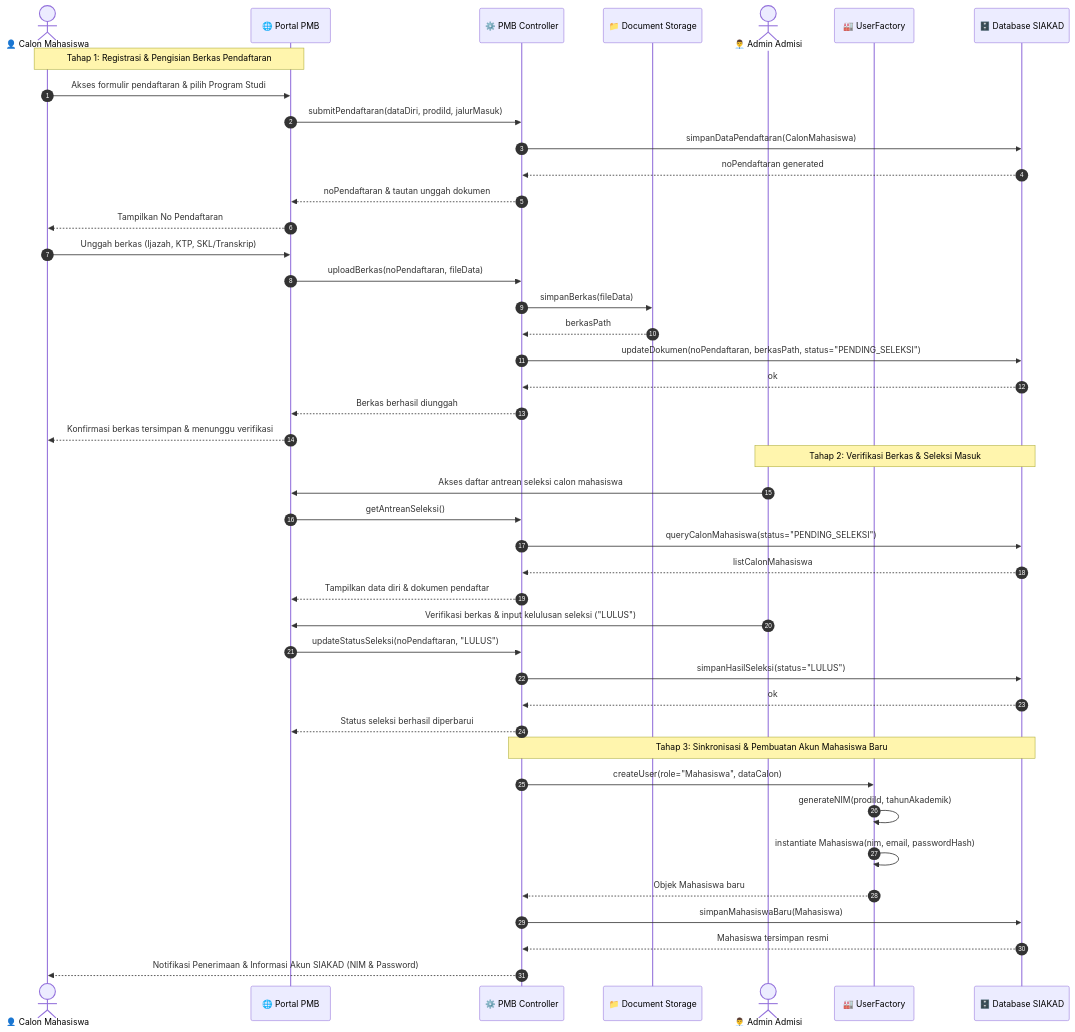
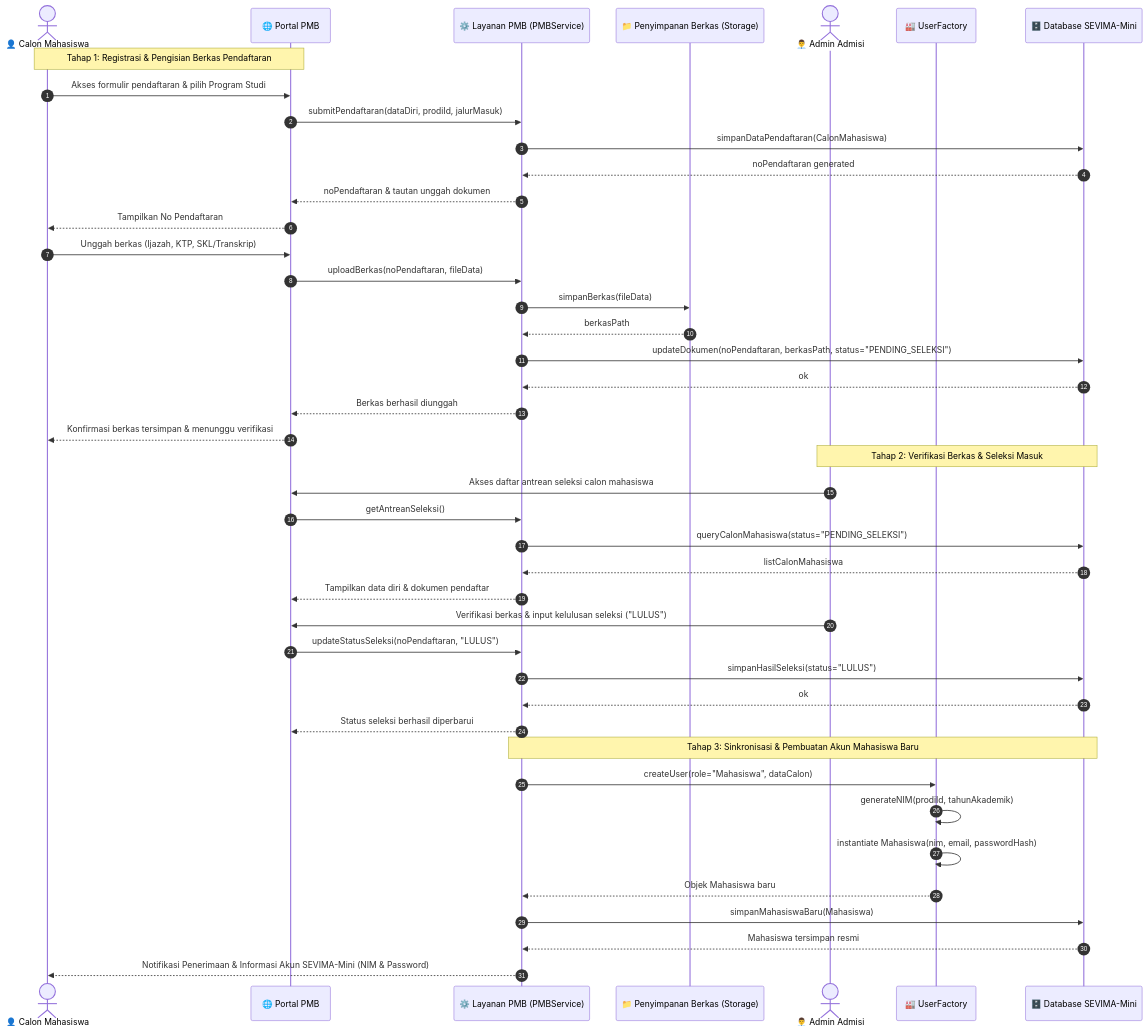
Before and after one commit to zainunkamal/sevima-mini: the diagram in diagrams/sequence-pmb.mmd, drawn with Mermaid. The commit also changed 11 other files, not shown here.

Commit message:
refactor(sequence-krs): refactor sequence diagram KRS multi-rule & alt-flows

```diff
--- a/diagrams/sequence-pmb.mmd
+++ b/diagrams/sequence-pmb.mmd
@@ -1,47 +1,47 @@
 sequenceDiagram
     autonumber
     actor Calon as 👤 Calon Mahasiswa
     participant Portal as 🌐 Portal PMB
-    participant PMBService as ⚙️ PMB Controller
-    participant Storage as 📁 Document Storage
+    participant PMBService as ⚙️ Layanan PMB (PMBService)
+    participant Storage as 📁 Penyimpanan Berkas (Storage)
     actor Admin as 👨‍💼 Admin Admisi
     participant Factory as 🏭 UserFactory
-    participant DB as 🗄️ Database SIAKAD
+    participant DB as 🗄️ Database SEVIMA-Mini
 
     Note over Calon,Portal: Tahap 1: Registrasi & Pengisian Berkas Pendaftaran
     Calon->>Portal: Akses formulir pendaftaran & pilih Program Studi
     Portal->>PMBService: submitPendaftaran(dataDiri, prodiId, jalurMasuk)
     PMBService->>DB: simpanDataPendaftaran(CalonMahasiswa)
     DB-->>PMBService: noPendaftaran generated
     PMBService-->>Portal: noPendaftaran & tautan unggah dokumen
     Portal-->>Calon: Tampilkan No Pendaftaran
 
     Calon->>Portal: Unggah berkas (Ijazah, KTP, SKL/Transkrip)
     Portal->>PMBService: uploadBerkas(noPendaftaran, fileData)
     PMBService->>Storage: simpanBerkas(fileData)
     Storage-->>PMBService: berkasPath
     PMBService->>DB: updateDokumen(noPendaftaran, berkasPath, status="PENDING_SELEKSI")
     DB-->>PMBService: ok
     PMBService-->>Portal: Berkas berhasil diunggah
     Portal-->>Calon: Konfirmasi berkas tersimpan & menunggu verifikasi
 
     Note over Admin,DB: Tahap 2: Verifikasi Berkas & Seleksi Masuk
     Admin->>Portal: Akses daftar antrean seleksi calon mahasiswa
     Portal->>PMBService: getAntreanSeleksi()
     PMBService->>DB: queryCalonMahasiswa(status="PENDING_SELEKSI")
     DB-->>PMBService: listCalonMahasiswa
     PMBService-->>Portal: Tampilkan data diri & dokumen pendaftar
     Admin->>Portal: Verifikasi berkas & input kelulusan seleksi ("LULUS")
     Portal->>PMBService: updateStatusSeleksi(noPendaftaran, "LULUS")
     PMBService->>DB: simpanHasilSeleksi(status="LULUS")
     DB-->>PMBService: ok
     PMBService-->>Portal: Status seleksi berhasil diperbarui
 
     Note over PMBService,DB: Tahap 3: Sinkronisasi & Pembuatan Akun Mahasiswa Baru
     PMBService->>Factory: createUser(role="Mahasiswa", dataCalon)
     Factory->>Factory: generateNIM(prodiId, tahunAkademik)
     Factory->>Factory: instantiate Mahasiswa(nim, email, passwordHash)
     Factory-->>PMBService: Objek Mahasiswa baru
     PMBService->>DB: simpanMahasiswaBaru(Mahasiswa)
     DB-->>PMBService: Mahasiswa tersimpan resmi
-    PMBService-->>Calon: Notifikasi Penerimaan & Informasi Akun SIAKAD (NIM & Password)
+    PMBService-->>Calon: Notifikasi Penerimaan & Informasi Akun SEVIMA-Mini (NIM & Password)
```
